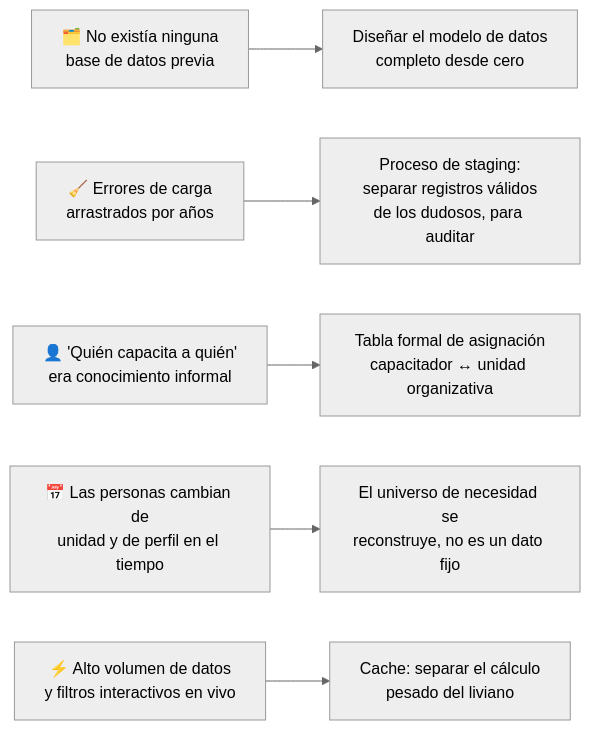
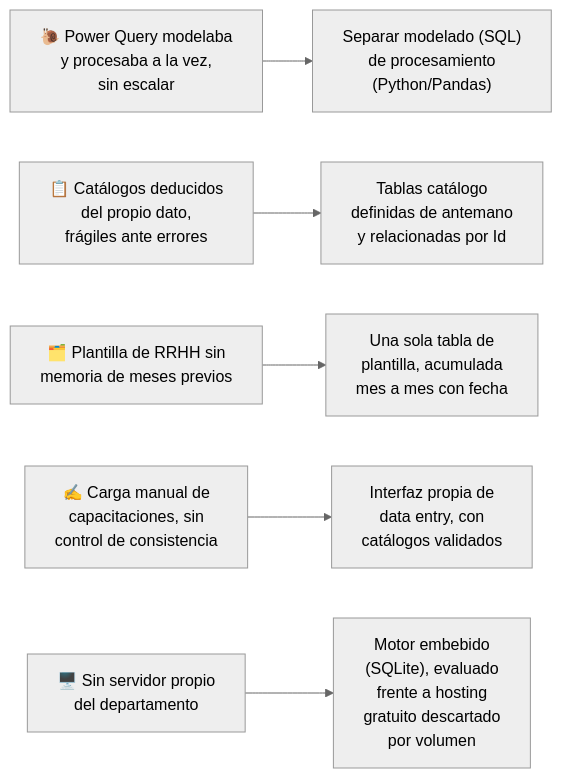
Before and after one commit to jminolli-e/case-studies: the third of 3 diagrams in charla-5-min/README.md, drawn with Mermaid (neutral theme). The commit also changed other lines of this file, not shown here.

````diff
--- a/charla-5-min/README.md
+++ b/charla-5-min/README.md
@@ -152,8 +117,8 @@
 ```mermaid
 flowchart LR
-    D1["🗂️ No existía ninguna<br/>base de datos previa"] --> S1["Diseñar el modelo de datos<br/>completo desde cero"]
-    D2["🧹 Errores de carga<br/>arrastrados por años"] --> S2["Proceso de staging:<br/>separar registros válidos<br/>de los dudosos, para auditar"]
-    D3["👤 'Quién capacita a quién'<br/>era conocimiento informal"] --> S3["Tabla formal de asignación<br/>capacitador ↔ unidad organizativa"]
-    D4["📅 Las personas cambian de<br/>unidad y de perfil en el tiempo"] --> S4["El universo de necesidad se<br/>reconstruye, no es un dato fijo"]
-    D5["⚡ Alto volumen de datos<br/>y filtros interactivos en vivo"] --> S5["Cache: separar el cálculo<br/>pesado del liviano"]
+    D1["🐌 Power Query modelaba<br/>y procesaba a la vez,<br/>sin escalar"] --> S1["Separar modelado (SQL)<br/>de procesamiento<br/>(Python/Pandas)"]
+    D2["📋 Catálogos deducidos<br/>del propio dato,<br/>frágiles ante errores"] --> S2["Tablas catálogo<br/>definidas de antemano<br/>y relacionadas por Id"]
+    D3["🗂️ Plantilla de RRHH sin<br/>memoria de meses previos"] --> S3["Una sola tabla de<br/>plantilla, acumulada<br/>mes a mes con fecha"]
+    D4["✍️ Carga manual de<br/>capacitaciones, sin<br/>control de consistencia"] --> S4["Interfaz propia de<br/>data entry, con<br/>catálogos validados"]
+    D5["🖥️ Sin servidor propio<br/>del departamento"] --> S5["Motor embebido<br/>(SQLite), evaluado<br/>frente a hosting<br/>gratuito descartado<br/>por volumen"]
 ```
````
